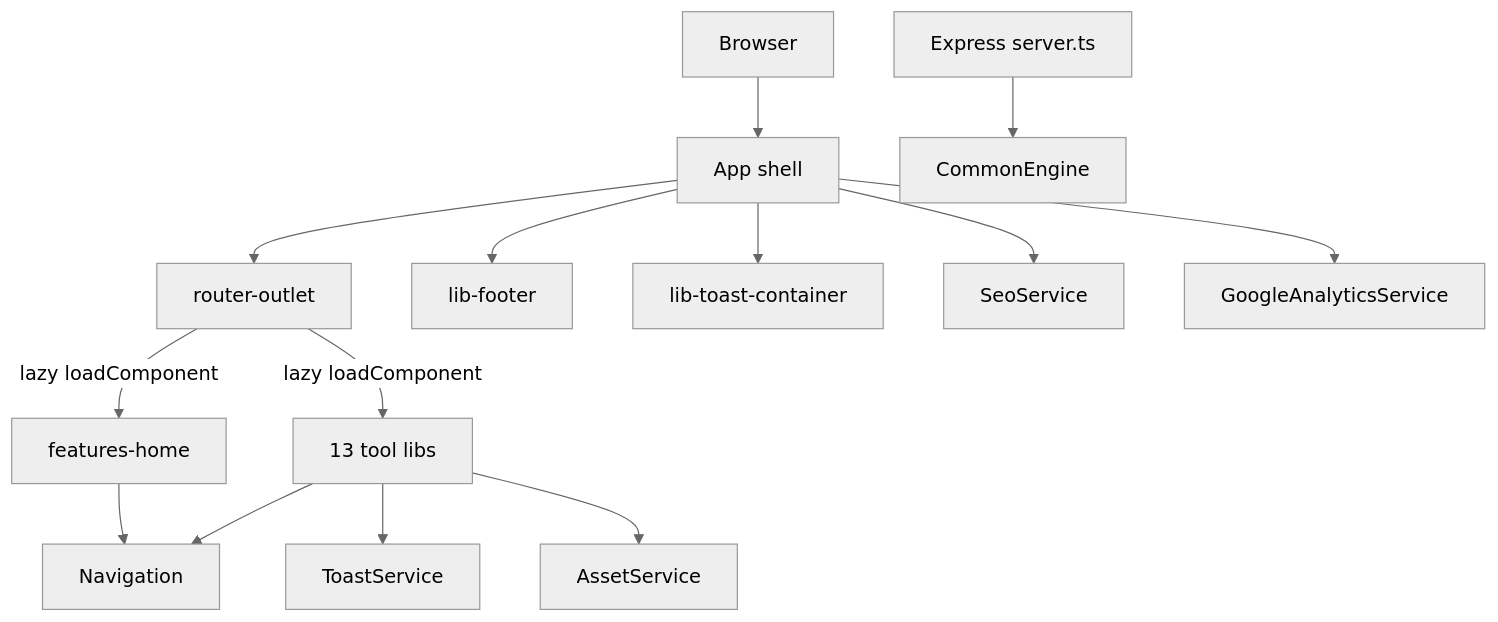
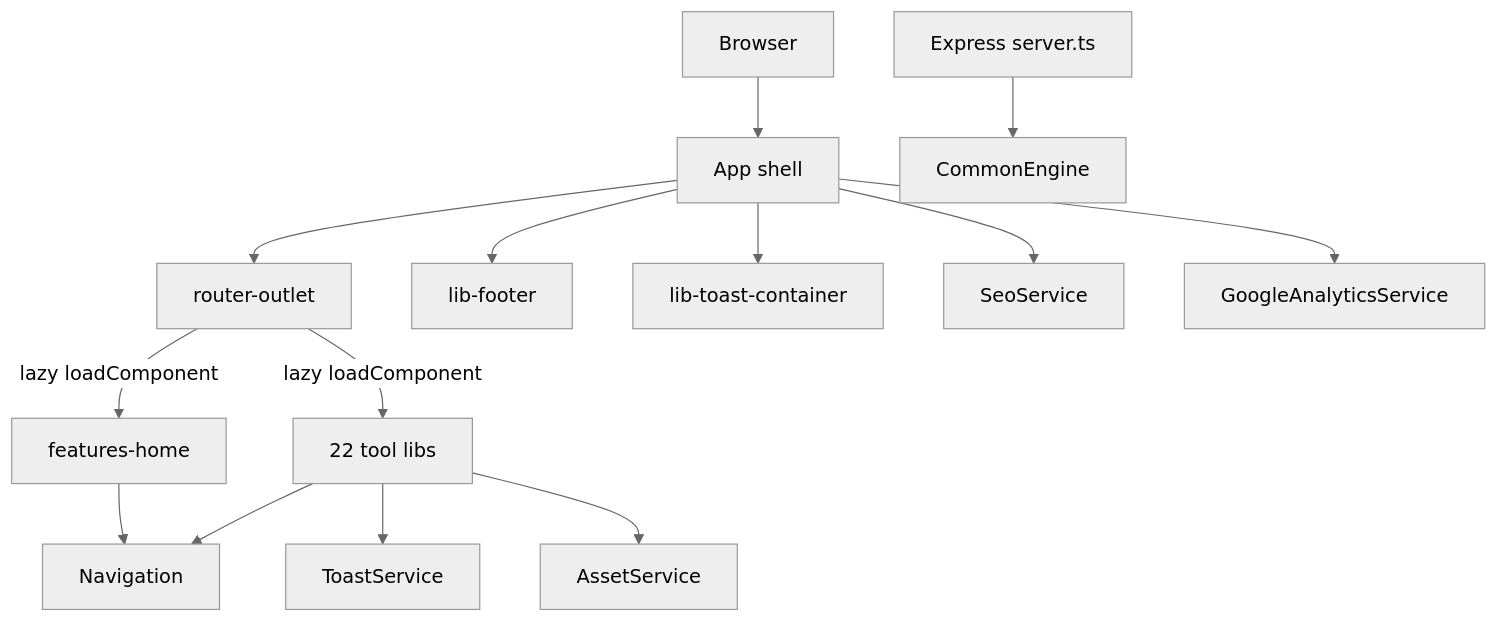
One commit to Aswinkumar20/new-tools changed the first of 7 diagrams in tools-workspace/docs/architecture.md. Above: the diagram before and after it, drawn with Mermaid (neutral theme). The commit also changed other lines of this file and 2977 other files, not shown here.

````diff
--- a/tools-workspace/docs/architecture.md
+++ b/tools-workspace/docs/architecture.md
@@ -47,16 +45,16 @@
 ```mermaid
 flowchart TB
   User[Browser] --> App[App shell]
   App --> Outlet[router-outlet]
   App --> Footer[lib-footer]
   App --> Toast[lib-toast-container]
   App --> SEO[SeoService]
   App --> GA[GoogleAnalyticsService]
   Outlet -->|lazy loadComponent| Home[features-home]
-  Outlet -->|lazy loadComponent| Tools[13 tool libs]
+  Outlet -->|lazy loadComponent| Tools[22 tool libs]
   Home --> Nav[Navigation]
   Tools --> Nav
   Tools --> ToastSvc[ToastService]
   Tools --> Assets[AssetService]
   SSR[Express server.ts] --> Engine[CommonEngine]
 ```
````
